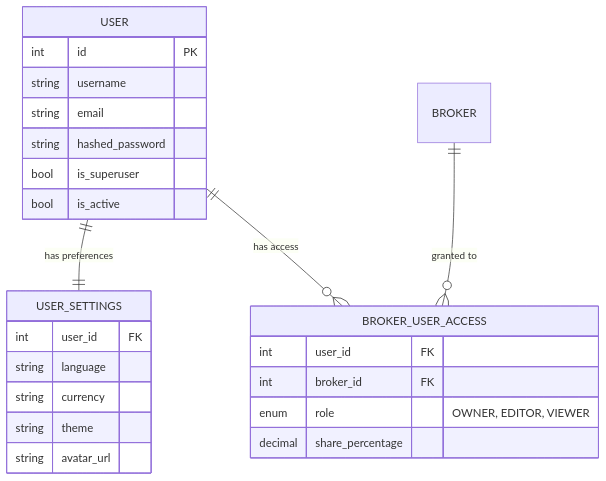
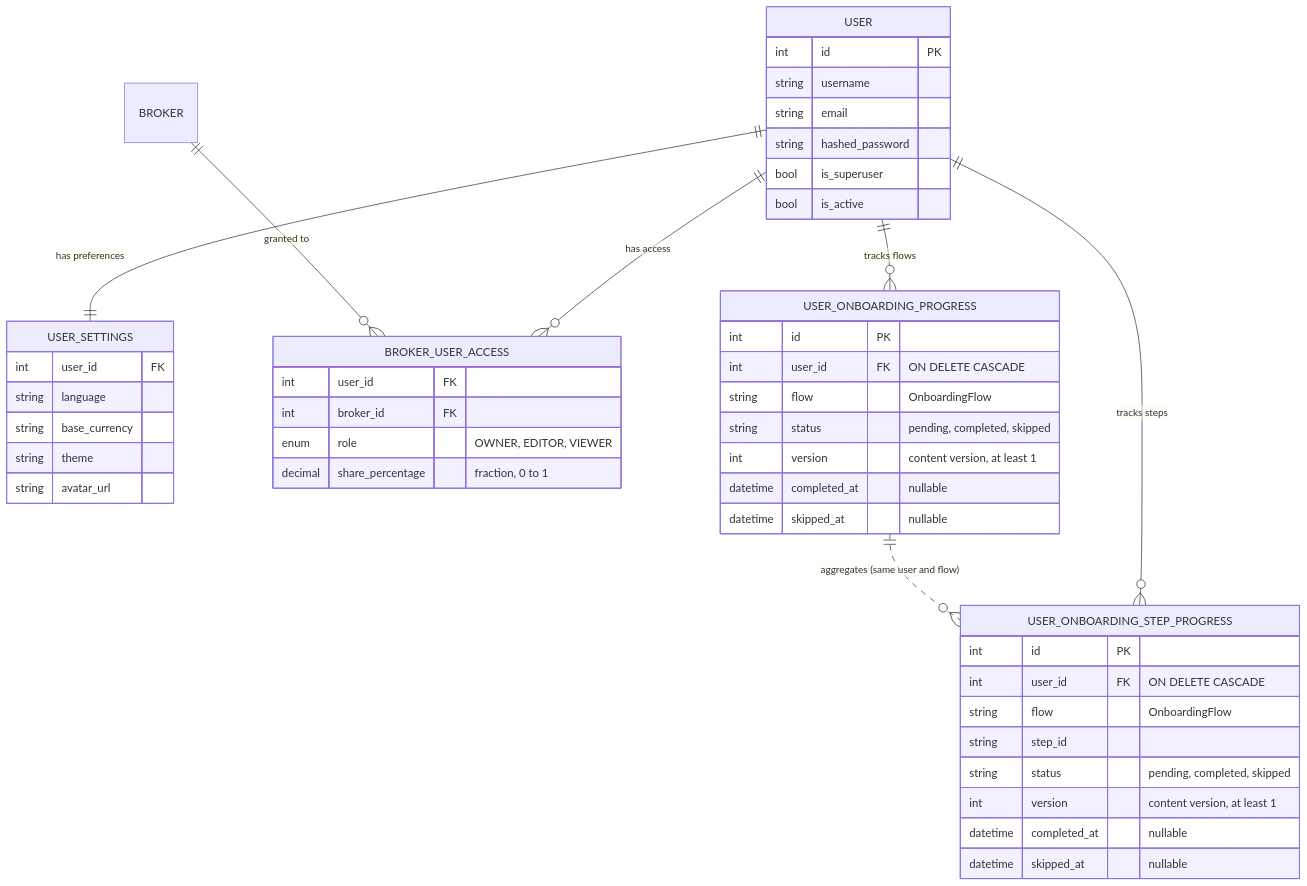
One commit to Librefolio/LibreFolio changed the diagram in mkdocs_src/docs/developer/architecture/database/users_access.md. Above: the diagram before and after it, drawn with Mermaid. The commit also changed other lines of this file and 49 other files, not shown here.

````diff
--- a/mkdocs_src/docs/developer/architecture/database/users_access.md
+++ b/mkdocs_src/docs/developer/architecture/database/users_access.md
@@ -7,30 +7,54 @@
 ```mermaid
 erDiagram
     USER ||--|| USER_SETTINGS : "has preferences"
     USER ||--o{ BROKER_USER_ACCESS : "has access"
     BROKER ||--o{ BROKER_USER_ACCESS : "granted to"
+    USER ||--o{ USER_ONBOARDING_PROGRESS : "tracks flows"
+    USER ||--o{ USER_ONBOARDING_STEP_PROGRESS : "tracks steps"
+    USER_ONBOARDING_PROGRESS ||..o{ USER_ONBOARDING_STEP_PROGRESS : "aggregates (same user and flow)"
 
     USER {
         int id PK
         string username
         string email
         string hashed_password
         bool is_superuser
         bool is_active
     }
 
     USER_SETTINGS {
         int user_id FK
         string language
-        string currency
+        string base_currency
         string theme
         string avatar_url
     }
 
     BROKER_USER_ACCESS {
         int user_id FK
         int broker_id FK
         enum role "OWNER, EDITOR, VIEWER"
-        decimal share_percentage
+        decimal share_percentage "fraction, 0 to 1"
+    }
+
+    USER_ONBOARDING_PROGRESS {
+        int id PK
+        int user_id FK "ON DELETE CASCADE"
+        string flow "OnboardingFlow"
+        string status "pending, completed, skipped"
+        int version "content version, at least 1"
+        datetime completed_at "nullable"
+        datetime skipped_at "nullable"
+    }
+
+    USER_ONBOARDING_STEP_PROGRESS {
+        int id PK
+        int user_id FK "ON DELETE CASCADE"
+        string flow "OnboardingFlow"
+        string step_id
+        string status "pending, completed, skipped"
+        int version "content version, at least 1"
+        datetime completed_at "nullable"
+        datetime skipped_at "nullable"
     }
 ```
````
